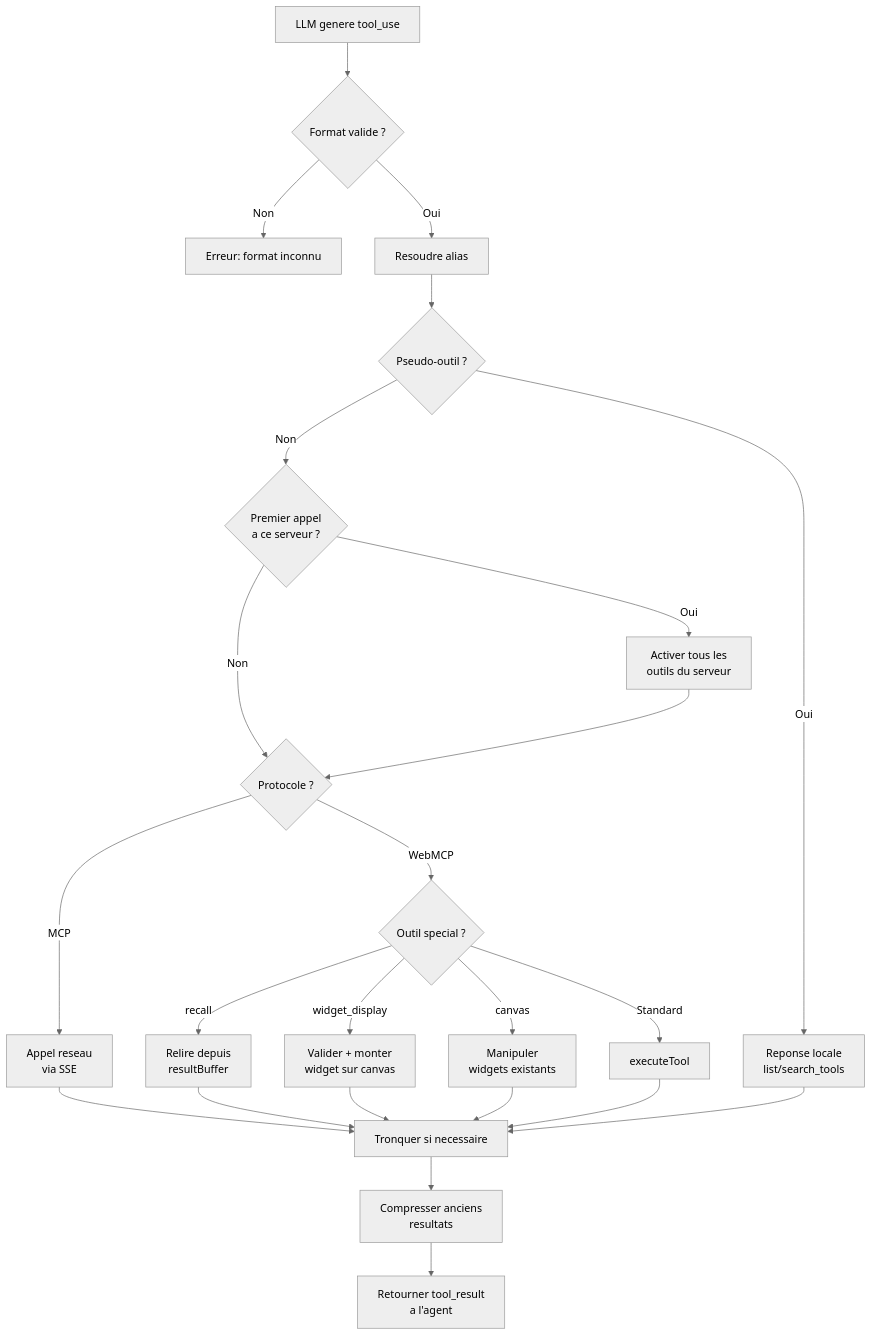
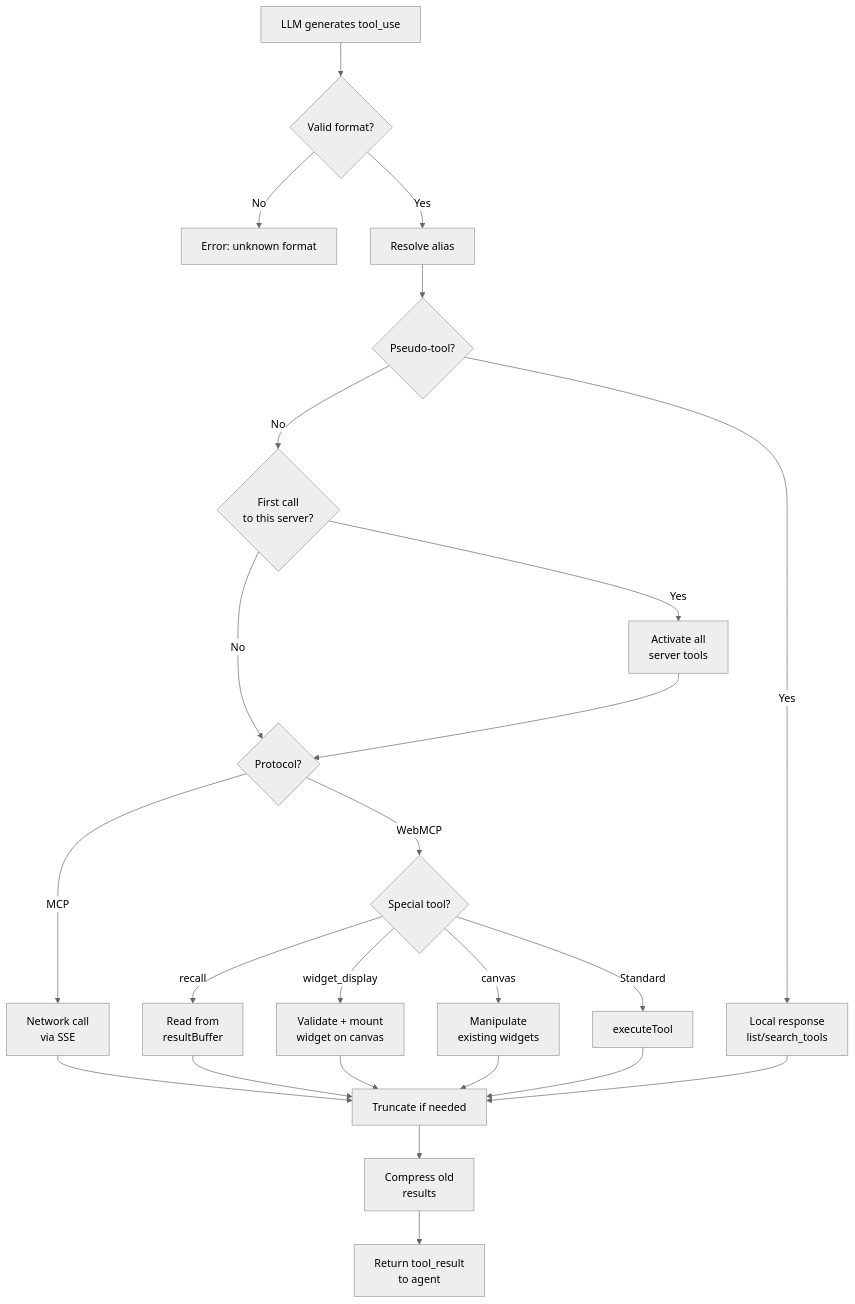
One commit to jeanbaptiste/webmcp-auto-ui changed the second of 2 diagrams in docs/starlight/src/content/docs/guide/tool-calling.mdx. Above: the diagram before and after it, drawn with Mermaid (neutral theme). The commit also changed other lines of this file and 94 other files, not shown here.

````diff
--- a/docs/starlight/src/content/docs/guide/tool-calling.mdx
+++ b/docs/starlight/src/content/docs/guide/tool-calling.mdx
@@ -423,26 +423,26 @@
 ```mermaid
 flowchart TD
-    A[LLM genere tool_use] --> B{Format valide ?}
-    B -->|Non| ERR1[Erreur: format inconnu]
-    B -->|Oui| C[Resoudre alias]
-    C --> D{Pseudo-outil ?}
-    D -->|Oui| E[Reponse locale<br/>list/search_tools]
-    D -->|Non| F{Premier appel<br/>a ce serveur ?}
-    F -->|Oui| G[Activer tous les<br/>outils du serveur]
-    F -->|Non| H{Protocole ?}
+    A[LLM generates tool_use] --> B{Valid format?}
+    B -->|No| ERR1[Error: unknown format]
+    B -->|Yes| C[Resolve alias]
+    C --> D{Pseudo-tool?}
+    D -->|Yes| E[Local response<br/>list/search_tools]
+    D -->|No| F{First call<br/>to this server?}
+    F -->|Yes| G[Activate all<br/>server tools]
+    F -->|No| H{Protocol?}
     G --> H
-    H -->|MCP| I[Appel reseau<br/>via SSE]
-    H -->|WebMCP| J{Outil special ?}
-    J -->|recall| K[Relire depuis<br/>resultBuffer]
-    J -->|widget_display| L[Valider + monter<br/>widget sur canvas]
-    J -->|canvas| M[Manipuler<br/>widgets existants]
+    H -->|MCP| I[Network call<br/>via SSE]
+    H -->|WebMCP| J{Special tool?}
+    J -->|recall| K[Read from<br/>resultBuffer]
+    J -->|widget_display| L[Validate + mount<br/>widget on canvas]
+    J -->|canvas| M[Manipulate<br/>existing widgets]
     J -->|Standard| N[executeTool]
-    I --> O[Tronquer si necessaire]
+    I --> O[Truncate if needed]
     K --> O
     L --> O
     M --> O
     N --> O
     E --> O
-    O --> P[Compresser anciens<br/>resultats]
-    P --> Q[Retourner tool_result<br/>a l'agent]
+    O --> P[Compress old<br/>results]
+    P --> Q[Return tool_result<br/>to agent]
 ```
````
